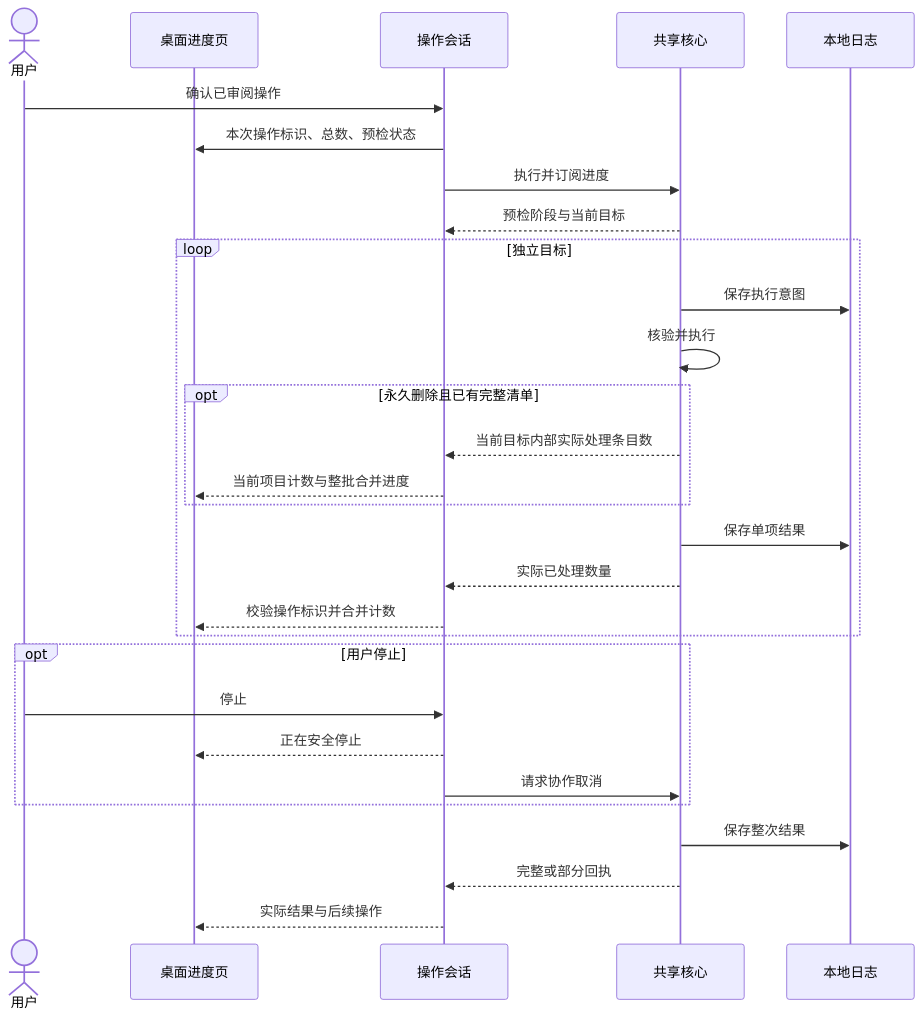
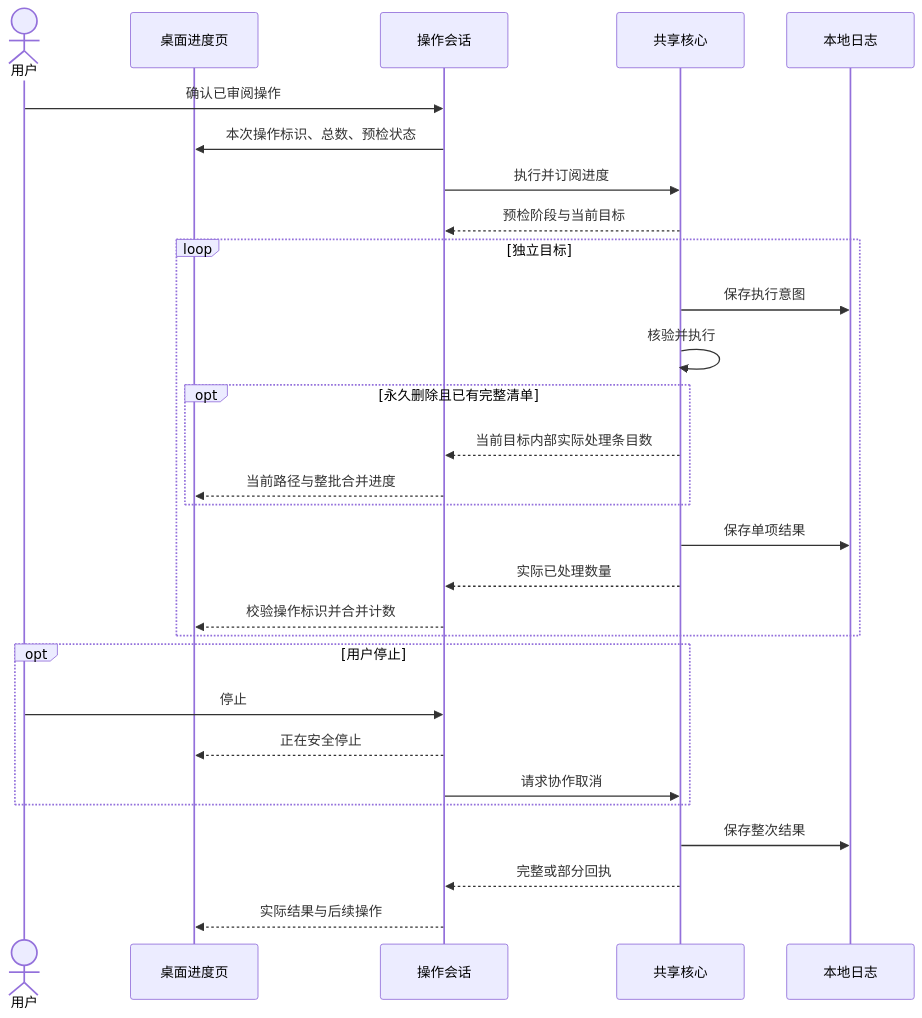
One commit to limecloud/shou changed the fourth of 4 diagrams in docs/zh-CN/product/operation-progress.md. Above: the diagram before and after it, drawn with Mermaid. The commit also changed other lines of this file and 133 other files, not shown here.

````diff
--- a/docs/zh-CN/product/operation-progress.md
+++ b/docs/zh-CN/product/operation-progress.md
@@ -104,31 +112,31 @@
 ```mermaid
 sequenceDiagram
   actor User as 用户
   participant UI as 桌面进度页
   participant Session as 操作会话
   participant Core as 共享核心
   participant Store as 本地日志
   User->>Session: 确认已审阅操作
   Session->>UI: 本次操作标识、总数、预检状态
   Session->>Core: 执行并订阅进度
   Core-->>Session: 预检阶段与当前目标
   loop 独立目标
     Core->>Store: 保存执行意图
     Core->>Core: 核验并执行
     opt 永久删除且已有完整清单
       Core-->>Session: 当前目标内部实际处理条目数
-      Session-->>UI: 当前项目计数与整批合并进度
+      Session-->>UI: 当前路径与整批合并进度
     end
     Core->>Store: 保存单项结果
     Core-->>Session: 实际已处理数量
     Session-->>UI: 校验操作标识并合并计数
   end
   opt 用户停止
     User->>Session: 停止
     Session-->>UI: 正在安全停止
     Session->>Core: 请求协作取消
   end
   Core->>Store: 保存整次结果
   Core-->>Session: 完整或部分回执
   Session-->>UI: 实际结果与后续操作
 ```
````
